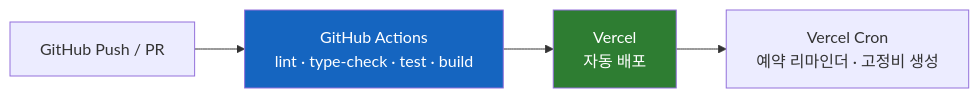
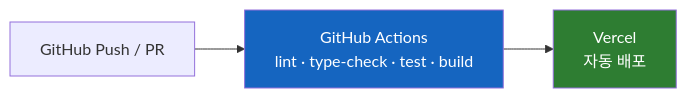
The third of 3 diagrams in README.md (flori-ai-kr/web), drawn with Mermaid before and after one commit. The commit also changed other lines of this file and 66 other files, not shown here.

````diff
--- a/README.md
+++ b/README.md
@@ -231,9 +216,8 @@
 ```mermaid
 flowchart LR
     GH["GitHub Push / PR"] --> CI["GitHub Actions\nlint · type-check · test · build"]
     CI --> Vercel["Vercel\n자동 배포"]
-    Vercel --> Cron["Vercel Cron\n예약 리마인더 · 고정비 생성"]
 
     style CI fill:#1565c0,color:#fff
     style Vercel fill:#2e7d32,color:#fff
 ```
````
